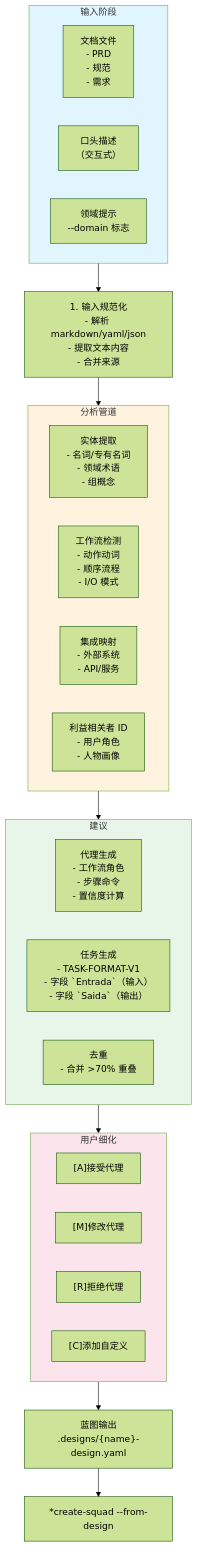
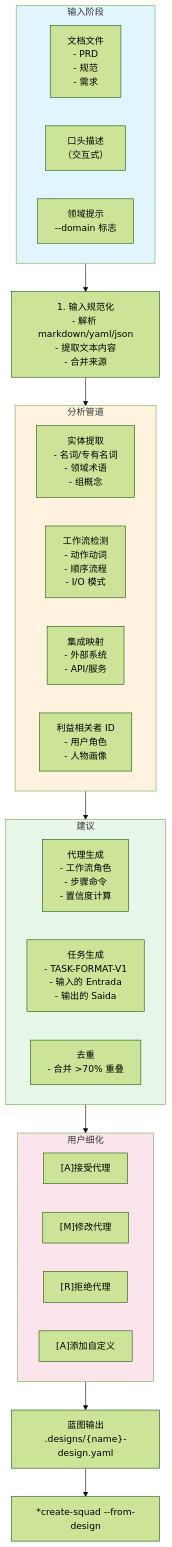
The third of 6 diagrams in docs/zh/aios-agent-flows/squad-creator-system.md (brunajunckes/aiox-core), drawn with Mermaid (forest theme) before and after one commit. The commit also changed other lines of this file and 10 other files, not shown here.

````diff
--- a/docs/zh/aios-agent-flows/squad-creator-system.md
+++ b/docs/zh/aios-agent-flows/squad-creator-system.md
@@ -229,45 +229,45 @@
 ```mermaid
 flowchart TB
     subgraph INPUT["输入阶段"]
         DOCS["文档文件<br/>- PRD<br/>- 规范<br/>- 需求"]
         VERBAL["口头描述<br/>（交互式）"]
         DOMAIN["领域提示<br/>--domain 标志"]
     end
 
     INPUT --> NORMALIZE["1. 输入规范化<br/>- 解析 markdown/yaml/json<br/>- 提取文本内容<br/>- 合并来源"]
 
     NORMALIZE --> ANALYZE["2. 领域分析"]
 
     subgraph ANALYZE["分析管道"]
         ENTITY["实体提取<br/>- 名词/专有名词<br/>- 领域术语<br/>- 组概念"]
         WORKFLOW["工作流检测<br/>- 动作动词<br/>- 顺序流程<br/>- I/O 模式"]
         INTEGRATION["集成映射<br/>- 外部系统<br/>- API/服务"]
         STAKE["利益相关者 ID<br/>- 用户角色<br/>- 人物画像"]
     end
 
     ANALYZE --> RECOMMEND["3. 建议引擎"]
 
     subgraph RECOMMEND["建议"]
         AGENTS["代理生成<br/>- 工作流角色<br/>- 步骤命令<br/>- 置信度计算"]
-        TASKS_R["任务生成<br/>- TASK-FORMAT-V1<br/>- 字段 `Entrada`（输入）<br/>- 字段 `Saida`（输出）"]
+        TASKS_R["任务生成<br/>- TASK-FORMAT-V1<br/>- 输入的 Entrada<br/>- 输出的 Saida"]
         DEDUP["去重<br/>- 合并 >70% 重叠"]
     end
 
     RECOMMEND --> REVIEW["4. 交互审查"]
 
     subgraph REVIEW["用户细化"]
         CONFIRM["[A]接受代理"]
         MODIFY["[M]修改代理"]
         REJECT["[R]拒绝代理"]
-        ADD["[C]添加自定义"]
+        ADD["[A]添加自定义"]
     end
 
     REVIEW --> BLUEPRINT["蓝图输出<br/>.designs/{name}-design.yaml"]
 
     BLUEPRINT --> CREATE["*create-squad --from-design"]
 
     style INPUT fill:#e1f5fe
     style ANALYZE fill:#fff3e0
     style RECOMMEND fill:#e8f5e9
     style REVIEW fill:#fce4ec
 ```
````
